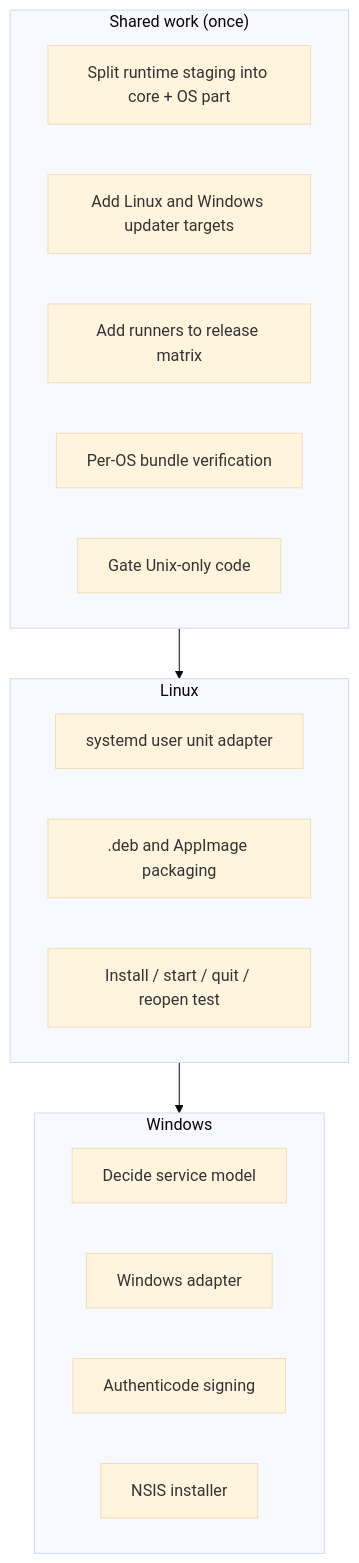
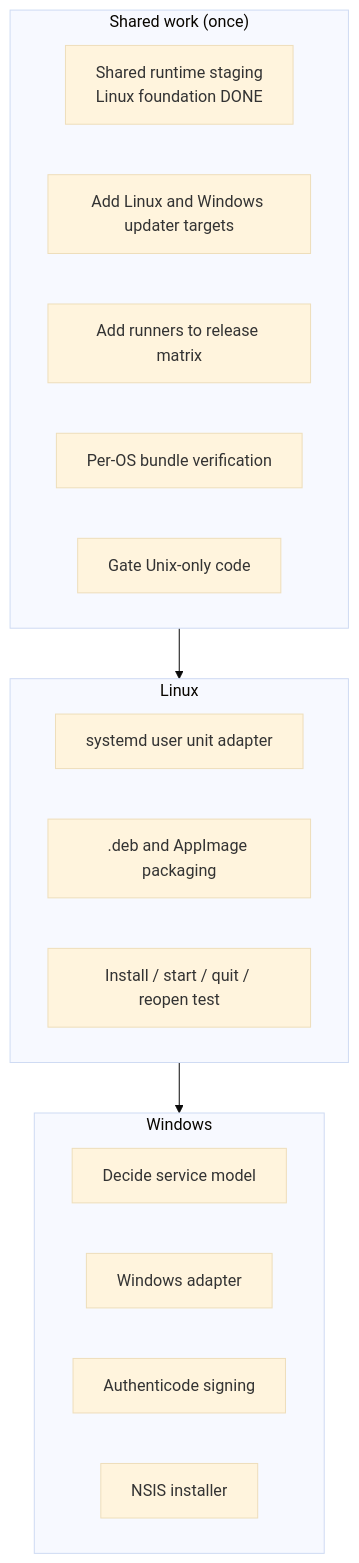
One commit to nessalabs/nessa-agent changed the third of 7 diagrams in docs/todo/desktop-linux-windows-plan.md. Above: the diagram before and after it, drawn with Mermaid (base theme). The commit also changed other lines of this file and 15 other files, not shown here.

Commit message:
feat(desktop): prepare Linux runtime resources

````diff
--- a/docs/todo/desktop-linux-windows-plan.md
+++ b/docs/todo/desktop-linux-windows-plan.md
@@ -99,22 +103,22 @@
 ```mermaid
 flowchart TB
     subgraph Shared["Shared work (once)"]
-        S1[Split runtime staging into core + OS part]
+        S1[Shared runtime staging<br/>Linux foundation DONE]
         S2[Add Linux and Windows updater targets]
         S3[Add runners to release matrix]
         S4[Per-OS bundle verification]
         S5[Gate Unix-only code]
     end
     subgraph Linux
         L1[systemd user unit adapter]
         L2[.deb and AppImage packaging]
         L3[Install / start / quit / reopen test]
     end
     subgraph Windows
         W1[Decide service model]
         W2[Windows adapter]
         W3[Authenticode signing]
         W4[NSIS installer]
     end
     Shared --> Linux --> Windows
 ```
````
